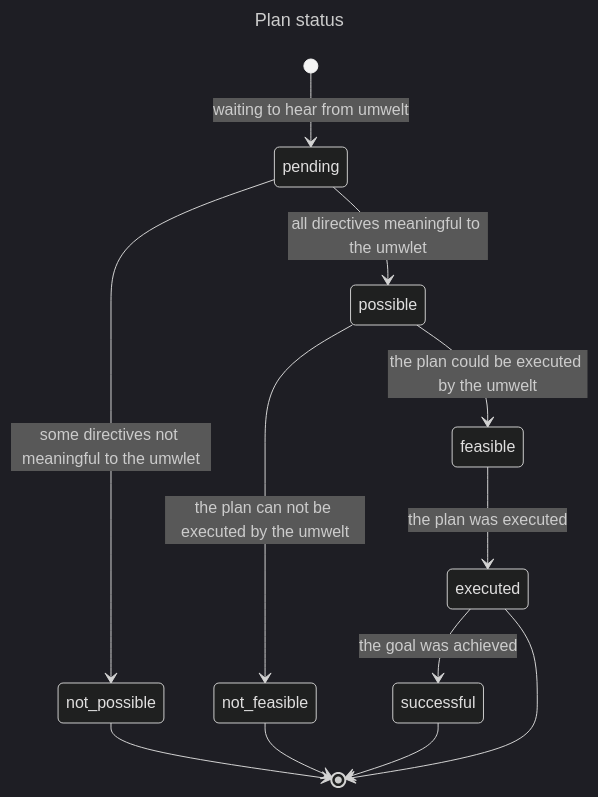
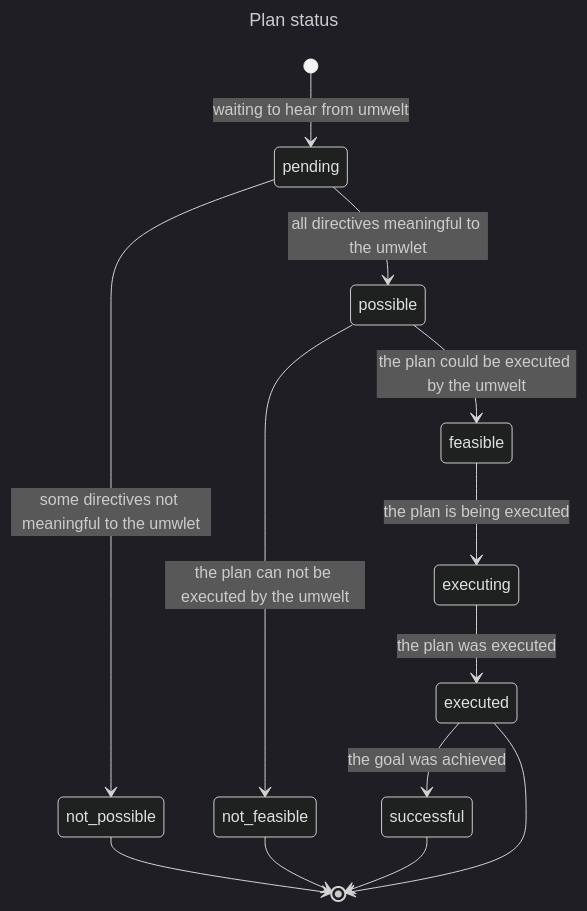
The second of 2 diagrams in design_notes/acting.md (jfcloutier/karma_system), drawn with Mermaid (dark theme) before and after one commit. The commit also changed other lines of this file, not shown here.

````diff
--- a/design_notes/acting.md
+++ b/design_notes/acting.md
@@ -280,17 +283,18 @@
 ```mermaid
 ---
 title: Plan status
 ---
 stateDiagram-v2
   [*] --> pending : waiting to hear from umwelt
   pending --> possible : all directives meaningful to the umwlet
   pending --> not_possible : some directives not meaningful to the umwlet
   not_possible --> [*]
   possible --> feasible : the plan could be executed by the umwelt
   possible --> not_feasible : the plan can not be executed by the umwelt
   not_feasible --> [*]
-  feasible --> executed : the plan was executed
+  feasible --> executing : the plan is being executed
+  executing --> executed : the plan was executed
   executed --> successful : the goal was achieved
   successful --> [*]
   executed --> [*]
 ```
````
